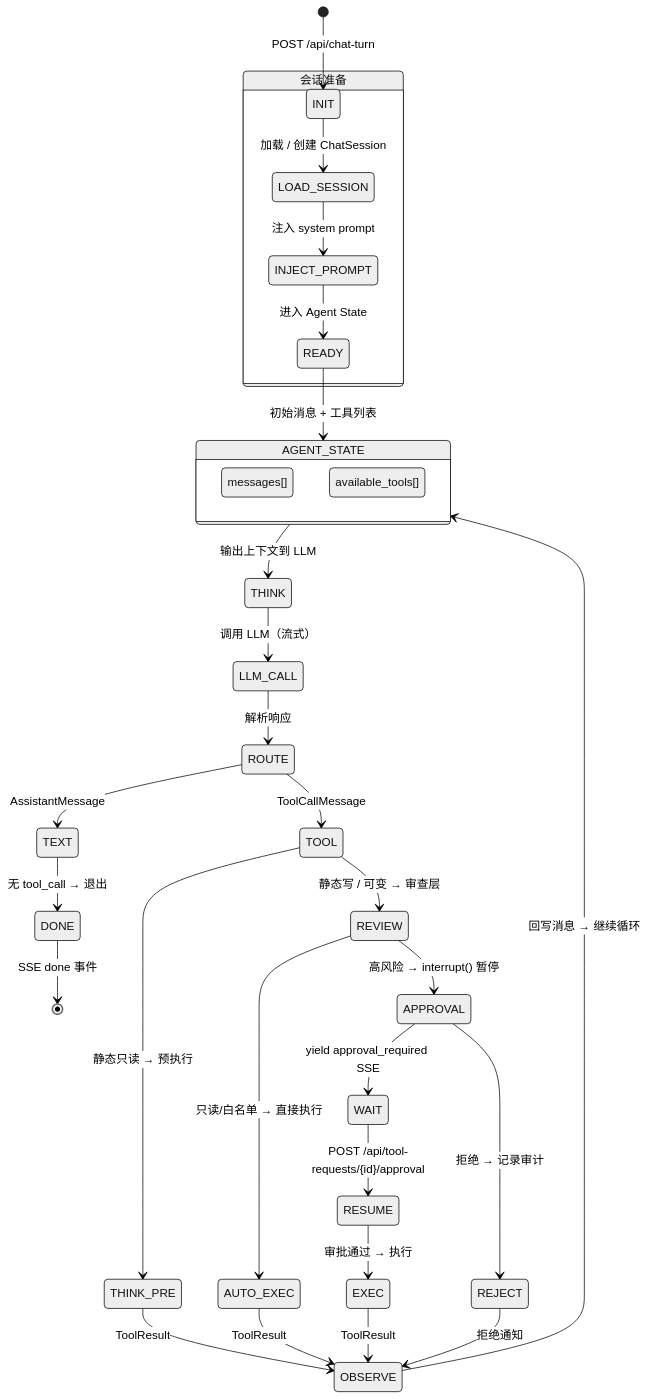
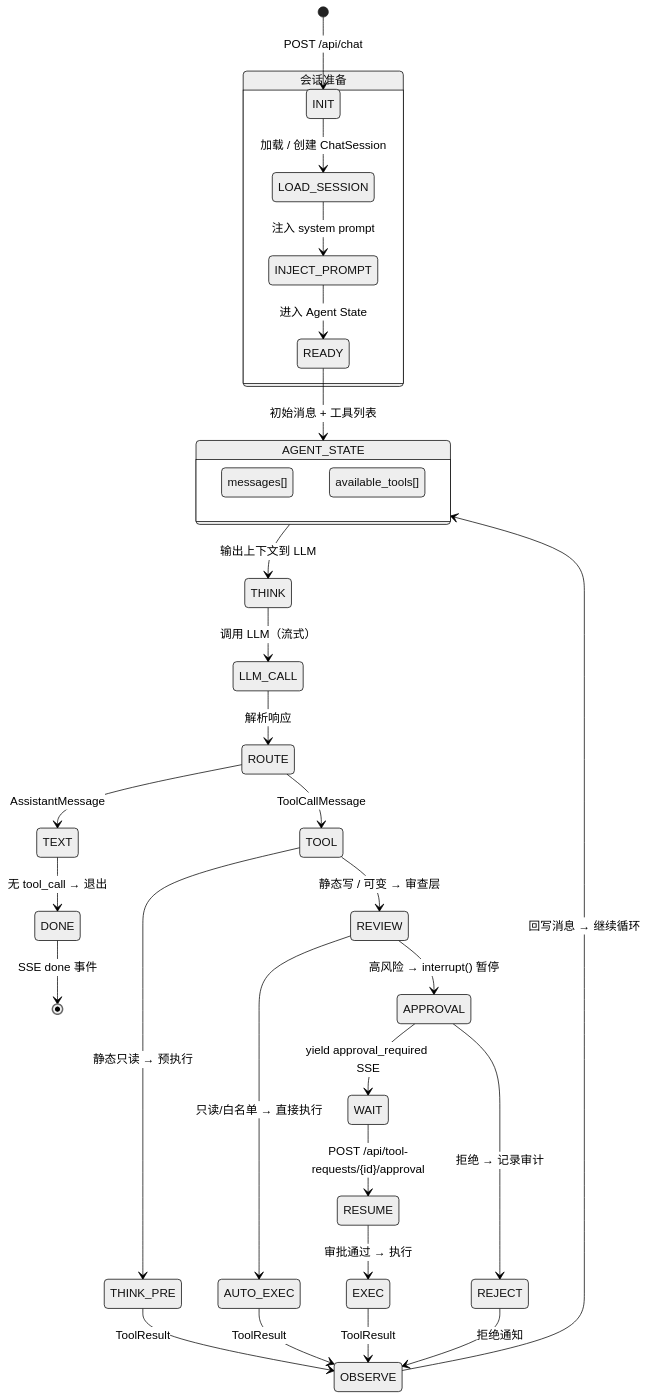
The third of 14 diagrams in web-server/graph.md (nazzeDe/alascup-agent), drawn with Mermaid (neutral theme) before and after one commit. The commit also changed other lines of this file and 24 other files, not shown here.

````diff
--- a/web-server/graph.md
+++ b/web-server/graph.md
@@ -233,46 +233,46 @@
 ```mermaid
 stateDiagram-v2
-    [*] --> INIT: POST /api/chat-turn
+    [*] --> INIT: POST /api/chat
 
     state "会话准备" as PREP {
         INIT --> LOAD_SESSION: 加载 / 创建 ChatSession
         LOAD_SESSION --> INJECT_PROMPT: 注入 system prompt
         INJECT_PROMPT --> READY: 进入 Agent State
     }
 
     READY --> AGENT_STATE: 初始消息 + 工具列表
 
     state AGENT_STATE {
         MSGS: messages[]
         TOOLS: available_tools[]
     }
 
     AGENT_STATE --> THINK: 输出上下文到 LLM
     THINK --> LLM_CALL: 调用 LLM（流式）
     LLM_CALL --> ROUTE: 解析响应
 
     ROUTE --> TEXT: AssistantMessage
     ROUTE --> TOOL: ToolCallMessage
 
     TEXT --> DONE: 无 tool_call → 退出
     DONE --> [*]: SSE done 事件
 
     TOOL --> THINK_PRE: 静态只读 → 预执行
     TOOL --> REVIEW: 静态写 / 可变 → 审查层
 
     THINK_PRE --> OBSERVE: ToolResult
 
     REVIEW --> AUTO_EXEC: 只读/白名单 → 直接执行
     REVIEW --> APPROVAL: 高风险 → interrupt() 暂停
 
     APPROVAL --> WAIT: yield approval_required SSE
     WAIT --> RESUME: POST /api/tool-requests/{id}/approval
     RESUME --> EXEC: 审批通过 → 执行
 
     AUTO_EXEC --> OBSERVE: ToolResult
     EXEC --> OBSERVE: ToolResult
     APPROVAL --> REJECT: 拒绝 → 记录审计
     REJECT --> OBSERVE: 拒绝通知
 
     OBSERVE --> AGENT_STATE: 回写消息 → 继续循环
 ```
````
